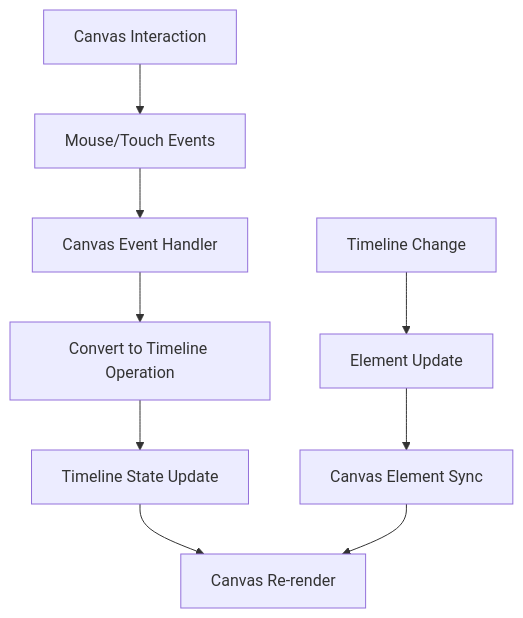
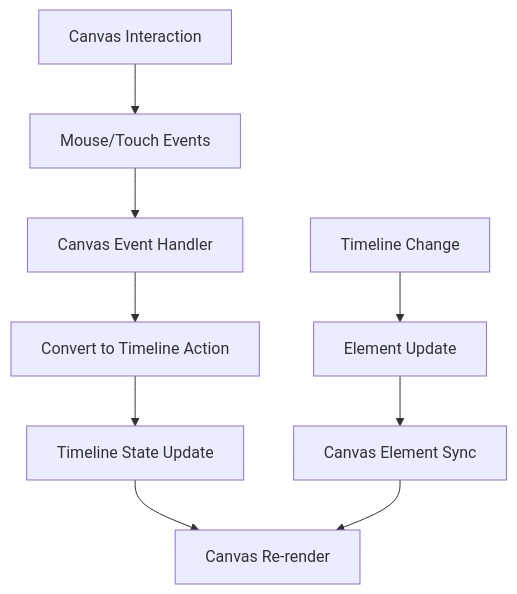
Before and after one commit to ncounterspecialist/twick: the fourth of 7 diagrams in packages/documentation/docs/architecture.md, drawn with Mermaid. The commit also changed other lines of this file and 2 other files, not shown here.

````diff
--- a/packages/documentation/docs/architecture.md
+++ b/packages/documentation/docs/architecture.md
@@ -197,12 +294,12 @@
 ```mermaid
 graph TB
     A[Canvas Interaction] --> B[Mouse/Touch Events]
     B --> C[Canvas Event Handler]
-    C --> D[Convert to Timeline Operation]
+    C --> D[Convert to Timeline Action]
     D --> E[Timeline State Update]
     E --> F[Canvas Re-render]
     
     G[Timeline Change] --> H[Element Update]
     H --> I[Canvas Element Sync]
     I --> F
 ```
````
